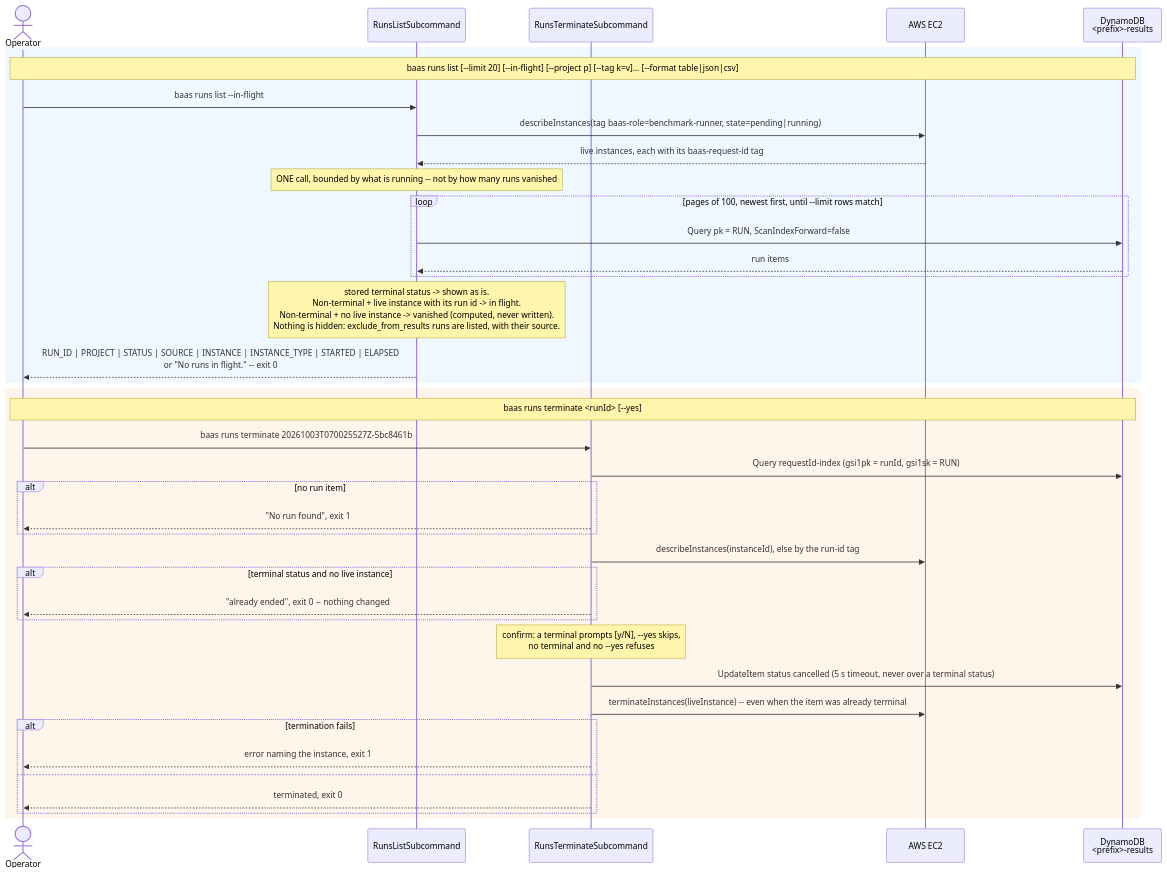
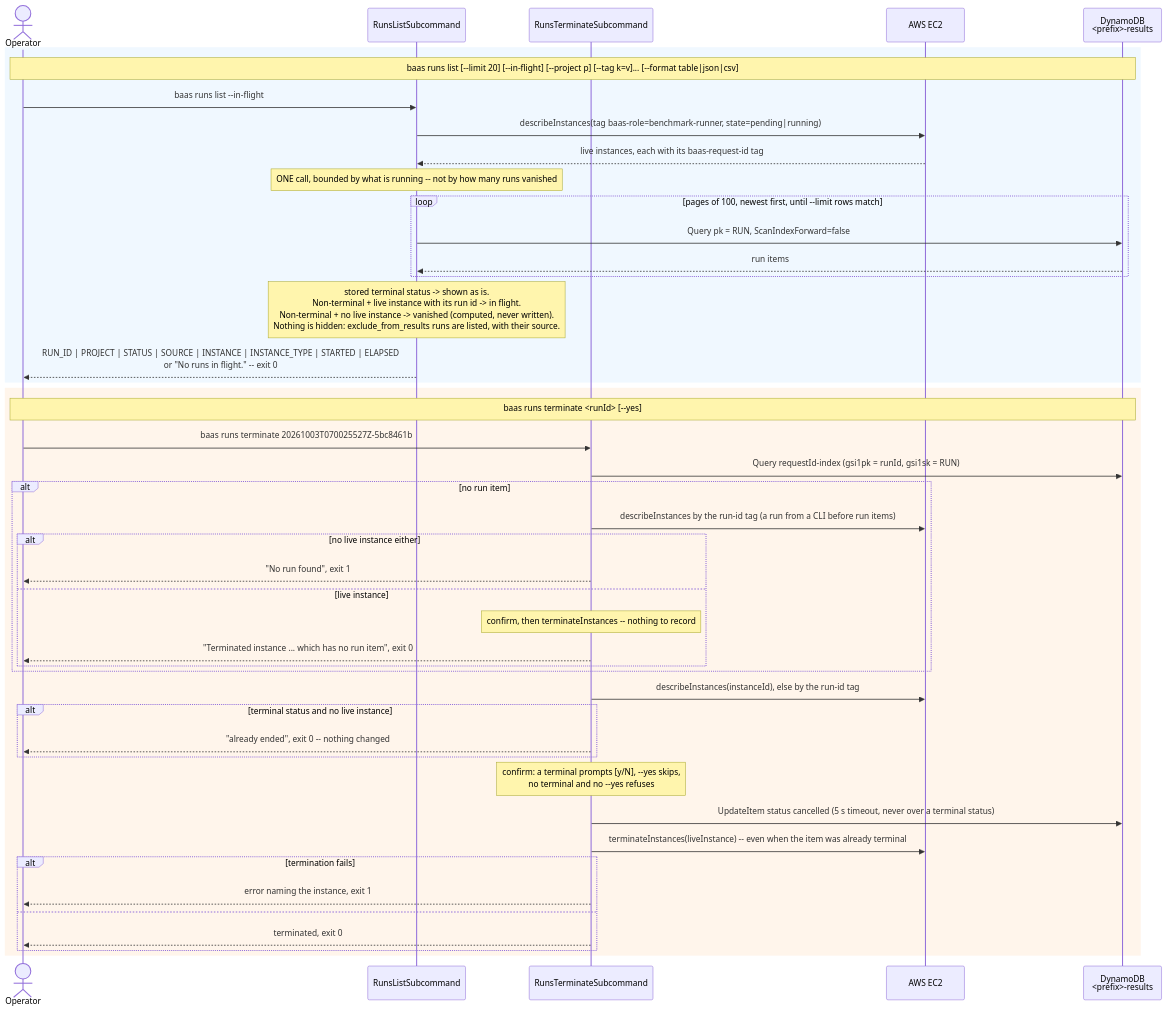
One commit to wsztajerowski/benchmark-as-a-service changed the diagram in docs/diagrams/baas-runs.mmd. Above: the diagram before and after it, drawn with Mermaid. The commit also changed 3 other files, not shown here.

First line of the commit message:
docs(openspec): record the verify of run-status-in-dynamodb

```diff
--- a/docs/diagrams/baas-runs.mmd
+++ b/docs/diagrams/baas-runs.mmd
@@ -1,41 +1,47 @@
 sequenceDiagram
     actor User as Operator
     participant RL as RunsListSubcommand
     participant RT as RunsTerminateSubcommand
     participant EC2 as AWS EC2
     participant DDB as DynamoDB<br/><prefix>-results
 
     rect rgb(240, 248, 255)
         Note over User,DDB: baas runs list [--limit 20] [--in-flight] [--project p] [--tag k=v]... [--format table|json|csv]
         User->>RL: baas runs list --in-flight
         RL->>EC2: describeInstances(tag baas-role=benchmark-runner, state=pending|running)
         EC2-->>RL: live instances, each with its baas-request-id tag
         Note over RL: ONE call, bounded by what is running -- not by how many runs vanished
         loop pages of 100, newest first, until --limit rows match
             RL->>DDB: Query pk = RUN, ScanIndexForward=false
             DDB-->>RL: run items
         end
         Note over RL: stored terminal status -> shown as is.<br/>Non-terminal + live instance with its run id -> in flight.<br/>Non-terminal + no live instance -> vanished (computed, never written).<br/>Nothing is hidden: exclude_from_results runs are listed, with their source.
         RL-->>User: RUN_ID | PROJECT | STATUS | SOURCE | INSTANCE | INSTANCE_TYPE | STARTED | ELAPSED<br/>or "No runs in flight." -- exit 0
     end
 
     rect rgb(255, 245, 235)
         Note over User,DDB: baas runs terminate <runId> [--yes]
         User->>RT: baas runs terminate 20261003T070025527Z-5bc8461b
         RT->>DDB: Query requestId-index (gsi1pk = runId, gsi1sk = RUN)
         alt no run item
-            RT-->>User: "No run found", exit 1
+            RT->>EC2: describeInstances by the run-id tag (a run from a CLI before run items)
+            alt no live instance either
+                RT-->>User: "No run found", exit 1
+            else live instance
+                Note over RT: confirm, then terminateInstances -- nothing to record
+                RT-->>User: "Terminated instance ... which has no run item", exit 0
+            end
         end
         RT->>EC2: describeInstances(instanceId), else by the run-id tag
         alt terminal status and no live instance
             RT-->>User: "already ended", exit 0 -- nothing changed
         end
         Note over RT: confirm: a terminal prompts [y/N], --yes skips,<br/>no terminal and no --yes refuses
         RT->>DDB: UpdateItem status cancelled (5 s timeout, never over a terminal status)
         RT->>EC2: terminateInstances(liveInstance) -- even when the item was already terminal
         alt termination fails
             RT-->>User: error naming the instance, exit 1
         else
             RT-->>User: terminated, exit 0
         end
     end
```
